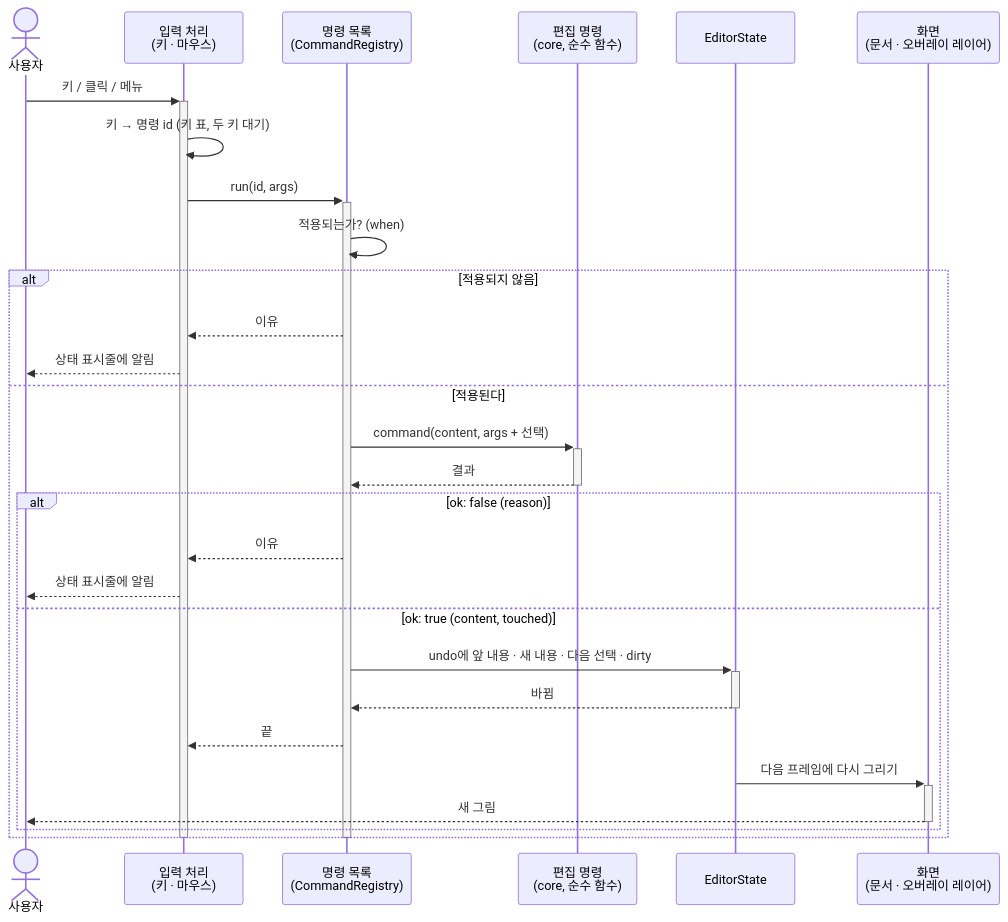
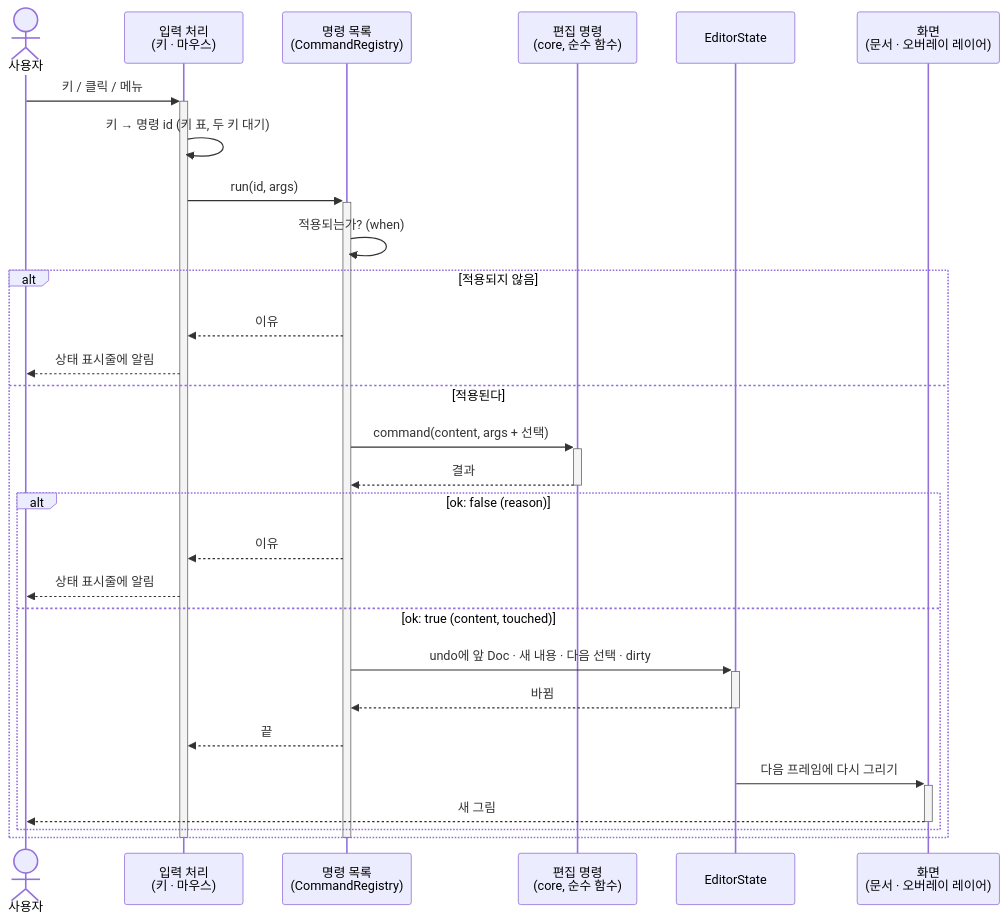
Before and after one commit to reddiana/AriadneNSD: the first of 2 diagrams in docs/04-design/03-editor.md, drawn with Mermaid. The commit also changed other lines of this file and 23 other files, not shown here.

````diff
--- a/docs/04-design/03-editor.md
+++ b/docs/04-design/03-editor.md
@@ -183,32 +183,32 @@
 ```mermaid
 sequenceDiagram
     actor U as 사용자
     participant I as 입력 처리<br/>(키 · 마우스)
     participant R as 명령 목록<br/>(CommandRegistry)
     participant C as 편집 명령<br/>(core, 순수 함수)
     participant S as EditorState
     participant D as 화면<br/>(문서 · 오버레이 레이어)
     U->>+I: 키 / 클릭 / 메뉴
     I->>I: 키 → 명령 id (키 표, 두 키 대기)
     I->>+R: run(id, args)
     R->>R: 적용되는가? (when)
     alt 적용되지 않음
         R-->>I: 이유
         I-->>U: 상태 표시줄에 알림
     else 적용된다
         R->>+C: command(content, args + 선택)
         C-->>-R: 결과
         alt ok: false (reason)
             R-->>I: 이유
             I-->>U: 상태 표시줄에 알림
         else ok: true (content, touched)
-            R->>+S: undo에 앞 내용 · 새 내용 · 다음 선택 · dirty
+            R->>+S: undo에 앞 Doc · 새 내용 · 다음 선택 · dirty
             S-->>-R: 바뀜
             R-->>I: 끝
             S->>+D: 다음 프레임에 다시 그리기
             D-->>-U: 새 그림
         end
     end
     deactivate R
     deactivate I
 ```
````
